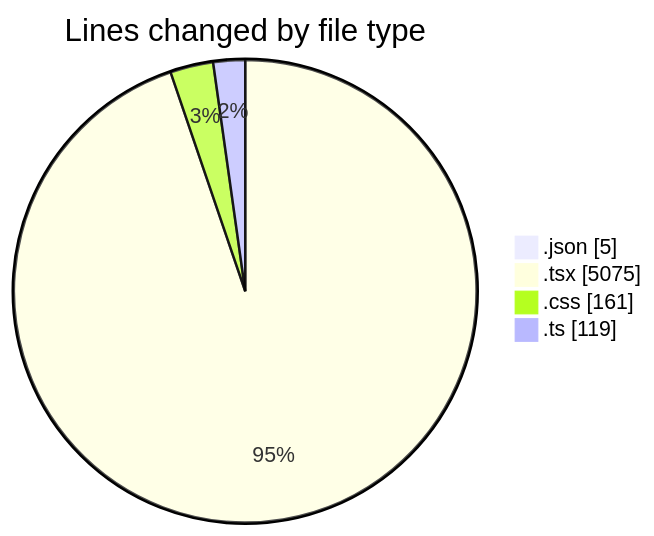
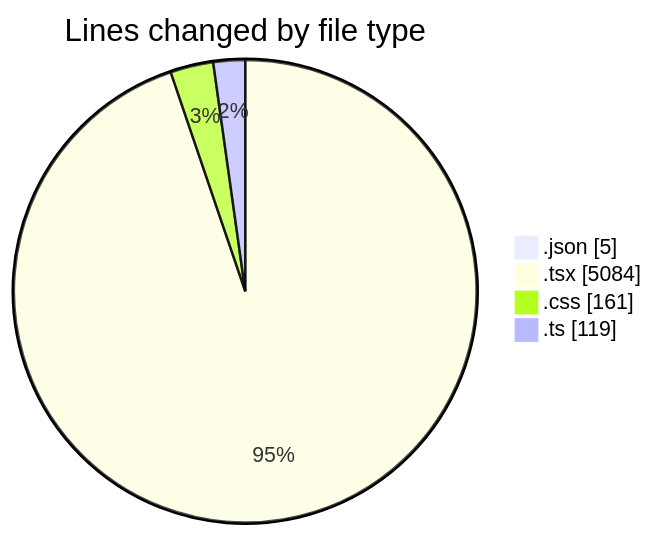
The first of 2 diagrams in 2025-05-29/advertise/README.md (Elitesun/code-tracking), drawn with Mermaid before and after one commit. The commit also changed other lines of this file and 1 other file, not shown here.

````diff
--- a/2025-05-29/advertise/README.md
+++ b/2025-05-29/advertise/README.md
@@ -42,8 +42,8 @@
 ```mermaid
 pie showData
 title Lines changed by file type
 ".json" : 5
-".tsx" : 5075
+".tsx" : 5084
 ".css" : 161
 ".ts" : 119
 ```
````
